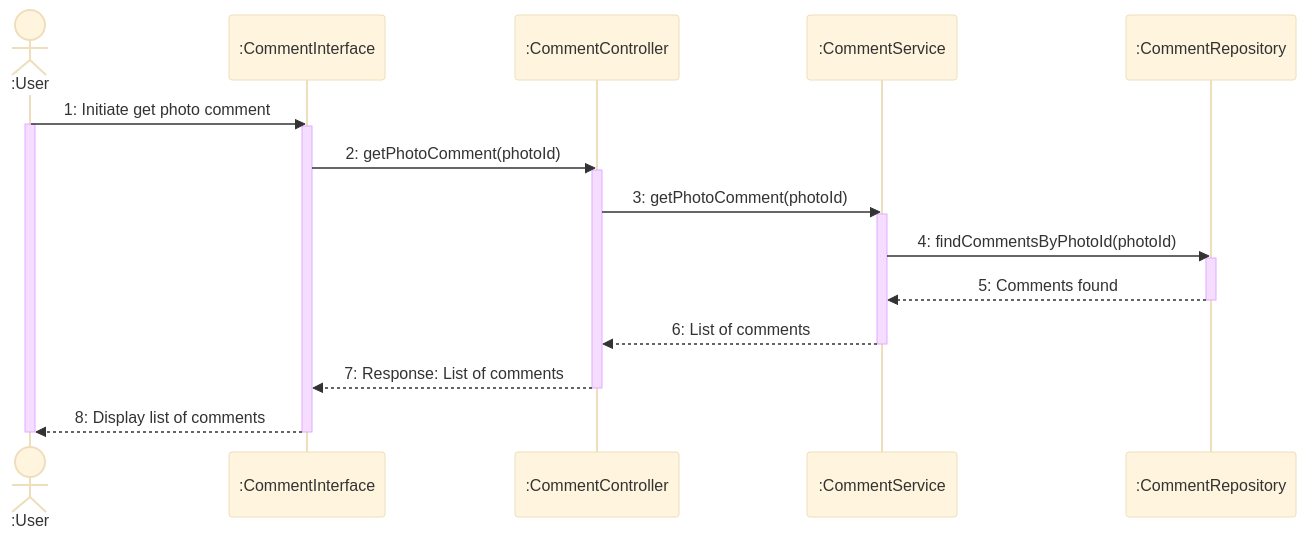
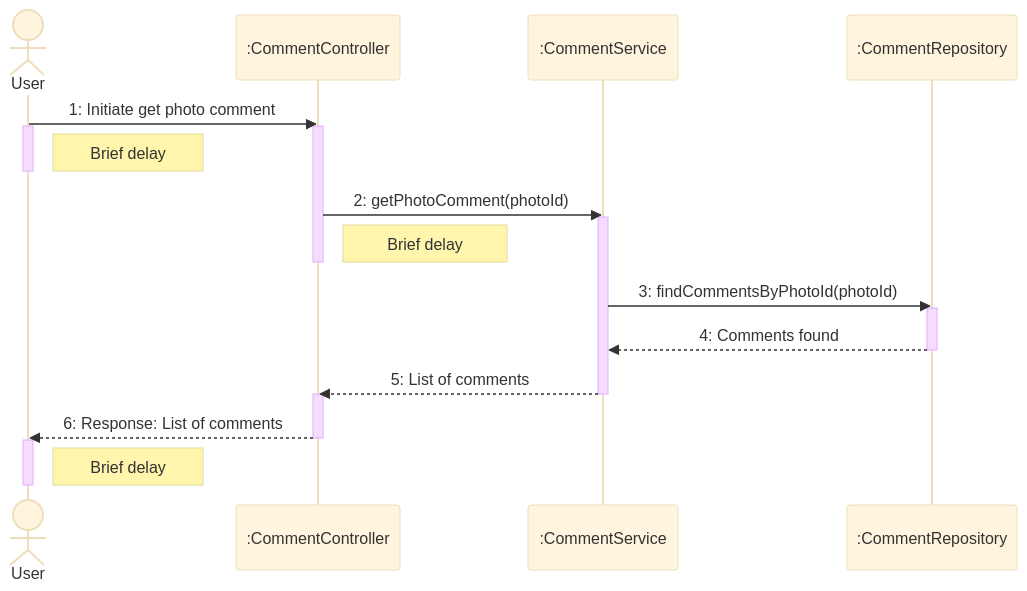
Before and after one commit to lightmon233/Memento: diagram 14 of 15 in README.md, drawn with Mermaid (base theme). The commit also changed other lines of this file, not shown here.

````diff
--- a/README.md
+++ b/README.md
@@ -627,28 +597,30 @@
 ```mermaid
 sequenceDiagram
-    actor User as :User
-    participant CommentInterface as :CommentInterface
+    actor User 
     participant CommentController as :CommentController
     participant CommentService as :CommentService
     participant CommentRepository as :CommentRepository
-    
-    User->>CommentInterface: 1: Initiate get photo comment
+
+    User->>CommentController: 1: Initiate get photo comment
     activate User
-    activate CommentInterface
-    CommentInterface->>CommentController: 2: getPhotoComment(photoId)
     activate CommentController
-    CommentController->>CommentService: 3: getPhotoComment(photoId)
+    Note right of User: Brief delay
+    deactivate User
+    CommentController->>CommentService: 2: getPhotoComment(photoId)
     activate CommentService
-    CommentService->>CommentRepository: 4: findCommentsByPhotoId(photoId)
+    Note right of CommentController: Brief delay
+    deactivate CommentController
+    CommentService->>CommentRepository: 3: findCommentsByPhotoId(photoId)
     activate CommentRepository
-    CommentRepository-->>CommentService: 5: Comments found
+    CommentRepository-->>CommentService: 4: Comments found
     deactivate CommentRepository
-    CommentService-->>CommentController: 6: List of comments
+    CommentService-->>CommentController: 5: List of comments
     deactivate CommentService
-    CommentController-->>CommentInterface: 7: Response: List of comments
+    activate CommentController
+    CommentController-->>User: 6: Response: List of comments
     deactivate CommentController
-    CommentInterface-->>User: 8: Display list of comments
-    deactivate CommentInterface
+    activate User
+    Note right of User: Brief delay
     deactivate User
 
 ```
````
